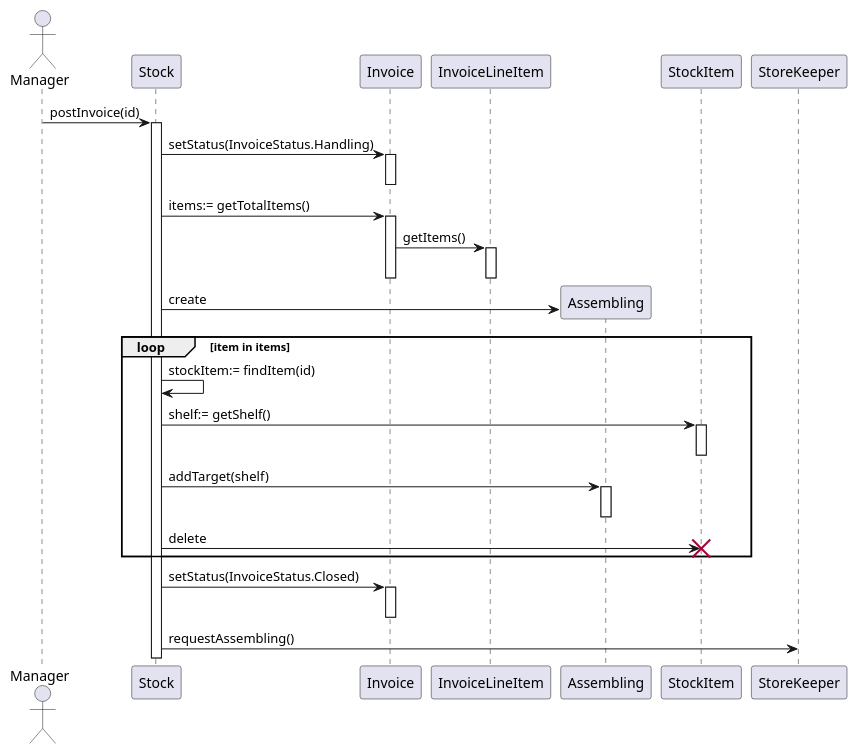
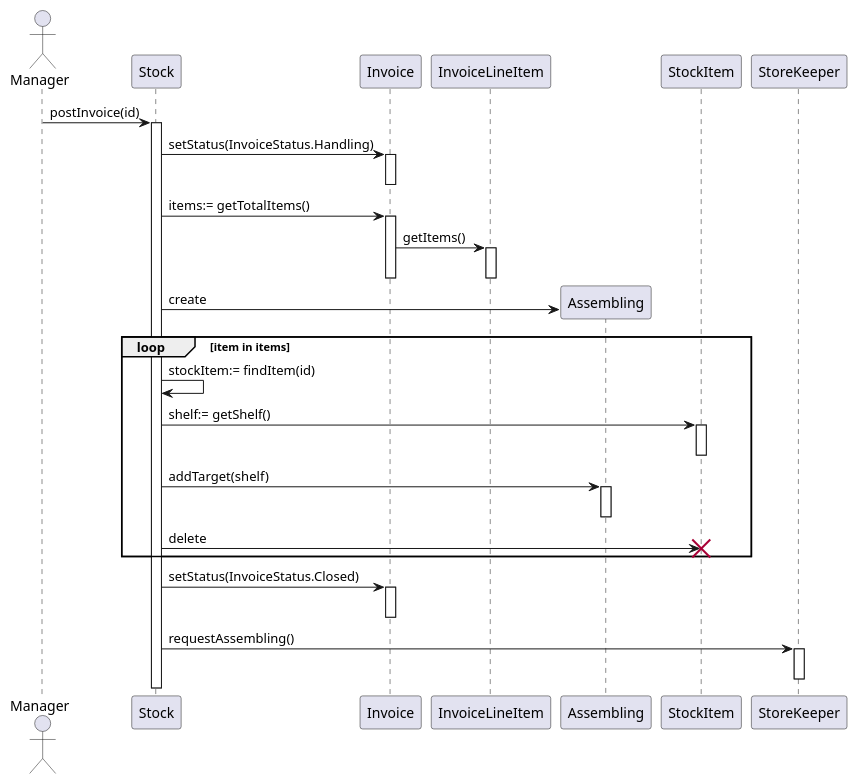
The diagram in warehouse/Прецеденты/Списание товара/диаграмма_последовательности_списание_товара.md (penamarth/bsbo-02-21_team5_var6_sklad), drawn with PlantUML before and after one commit.

Commit message:
Изменения в диаграмме последовательности 'Списание товара'.

````diff
--- a/warehouse/Прецеденты/Списание товара/диаграмма_последовательности_списание_товара.md
+++ b/warehouse/Прецеденты/Списание товара/диаграмма_последовательности_списание_товара.md
@@ -1,41 +1,43 @@
 ```plantuml
 
 @startuml
 
 actor Manager
 participant Stock
 participant Invoice
 participant InvoiceLineItem
 participant Assembling
 participant StockItem
 participant StoreKeeper
 
 Manager -> Stock ++ : postInvoice(id)
 Stock -> Invoice : setStatus(InvoiceStatus.Handling)
 activate Invoice
 deactivate Invoice
 Stock -> Invoice : items:= getTotalItems()
 activate Invoice
 Invoice -> InvoiceLineItem : getItems()
 activate InvoiceLineItem
 deactivate InvoiceLineItem
 deactivate Invoice
 Stock -> Assembling ** : create
 loop item in items
   Stock -> Stock : stockItem:= findItem(id)
   Stock -> StockItem : shelf:= getShelf()
   activate StockItem
   deactivate StockItem
   Stock -> Assembling : addTarget(shelf)
   activate Assembling
   deactivate Assembling
   Stock -> StockItem !! : delete
 end
 Stock -> Invoice : setStatus(InvoiceStatus.Closed) 
 activate Invoice
 deactivate Invoice
 Stock -> StoreKeeper : requestAssembling()
+activate StoreKeeper
+deactivate StoreKeeper
 
 @enduml
 
 ```
````
